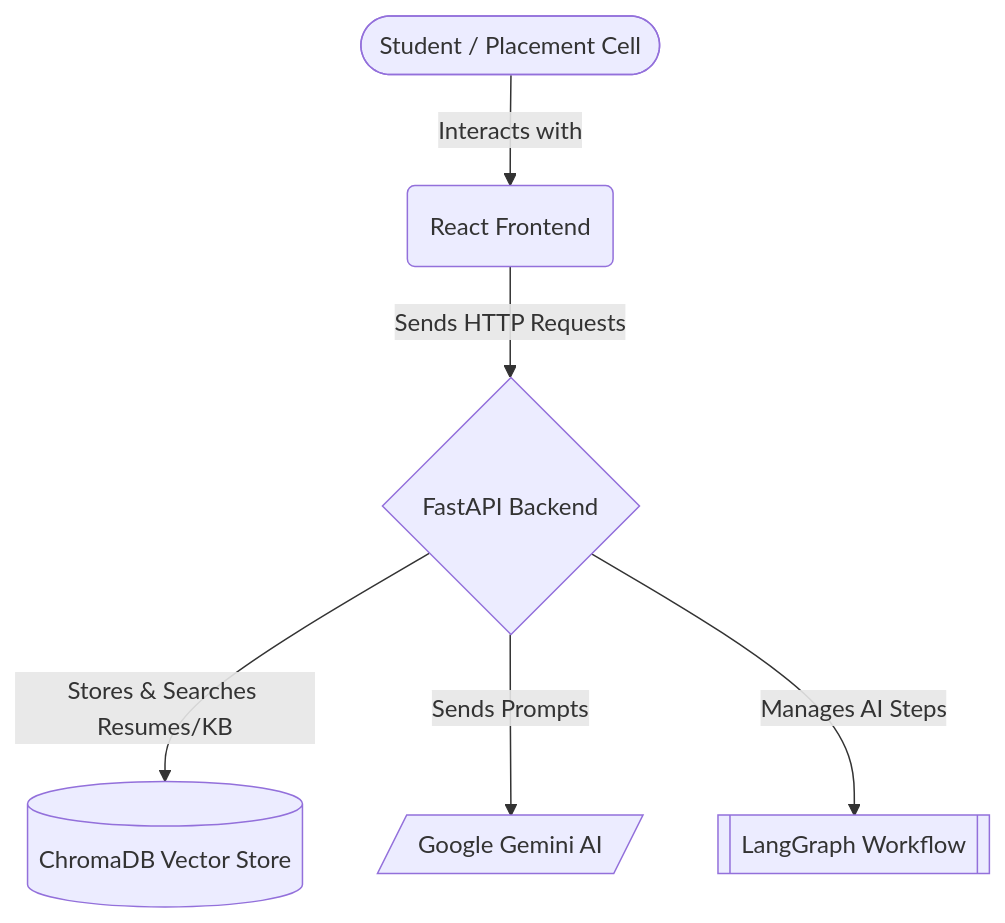
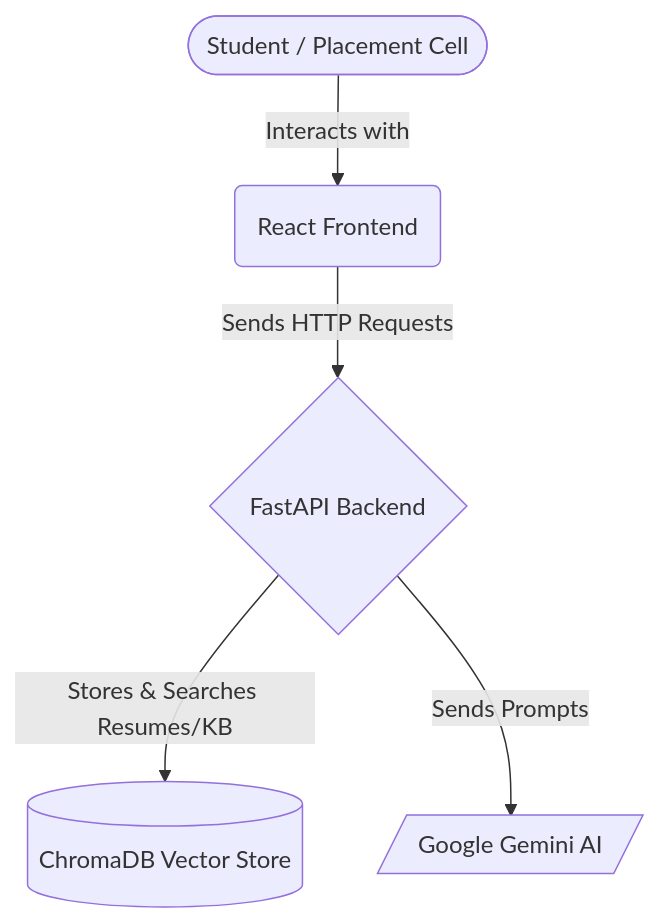
The first of 6 diagrams in README.md (Mounikaishu/RAG_play_ground), drawn with Mermaid before and after one commit. The commit also changed other lines of this file, not shown here.

````diff
--- a/README.md
+++ b/README.md
@@ -13,9 +13,8 @@
 ```mermaid
 flowchart TD
     User([Student / Placement Cell]) -->|Interacts with| Frontend(React Frontend)
     Frontend -->|Sends HTTP Requests| Backend{FastAPI Backend}
     
     Backend -->|Stores & Searches Resumes/KB| VectorDB[(ChromaDB Vector Store)]
     Backend -->|Sends Prompts| LLM[/Google Gemini AI/]
-    Backend -->|Manages AI Steps| LangGraph[[LangGraph Workflow]]
 ```
````
